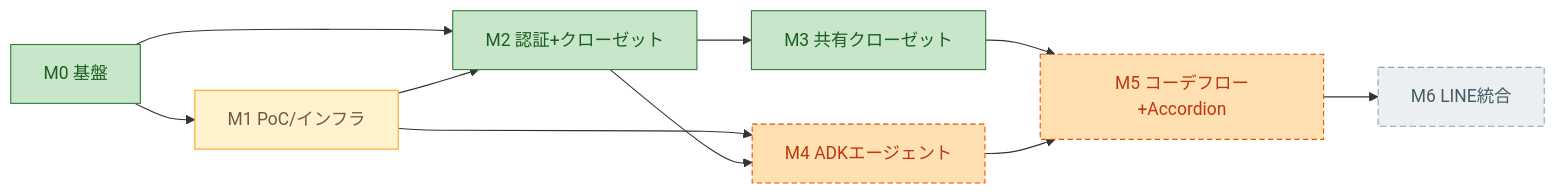
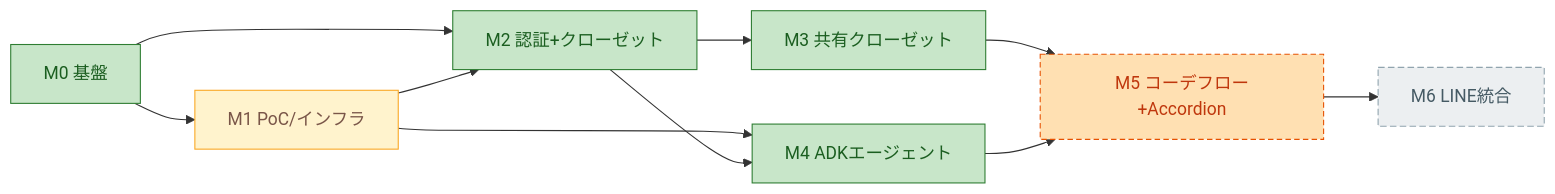
One commit to RanArino/gen-fashion changed the eighth of 8 diagrams in docs/architecture-overview.md. Above: the diagram before and after it, drawn with Mermaid. The commit also changed other lines of this file, not shown here.

First line of the commit message:
docs(architecture-overview): update implementation status and clarify agent service details

````diff
--- a/docs/architecture-overview.md
+++ b/docs/architecture-overview.md
@@ -318,18 +320,18 @@
 ```mermaid
 flowchart LR
   M0["M0 基盤"] --> M1["M1 PoC/インフラ"]
   M0 --> M2["M2 認証+クローゼット"]
   M1 --> M2
   M2 --> M3["M3 共有クローゼット"]
   M1 --> M4["M4 ADKエージェント"]
   M2 --> M4
   M3 --> M5["M5 コーデフロー+Accordion"]
   M4 --> M5
   M5 --> M6["M6 LINE統合"]
 
   classDef done fill:#c8e6c9,stroke:#2e7d32,color:#1b5e20;
   classDef wip fill:#fff3cd,stroke:#f9a825,color:#795548;
   classDef stub fill:#ffe0b2,stroke:#e65100,color:#bf360c,stroke-dasharray:5 3;
   classDef todo fill:#eceff1,stroke:#90a4ae,color:#455a64,stroke-dasharray:6 3;
-  class M0,M2,M3 done; class M1 wip; class M4,M5 stub; class M6 todo;
+  class M0,M2,M3,M4 done; class M1 wip; class M5 stub; class M6 todo;
 ```
````
